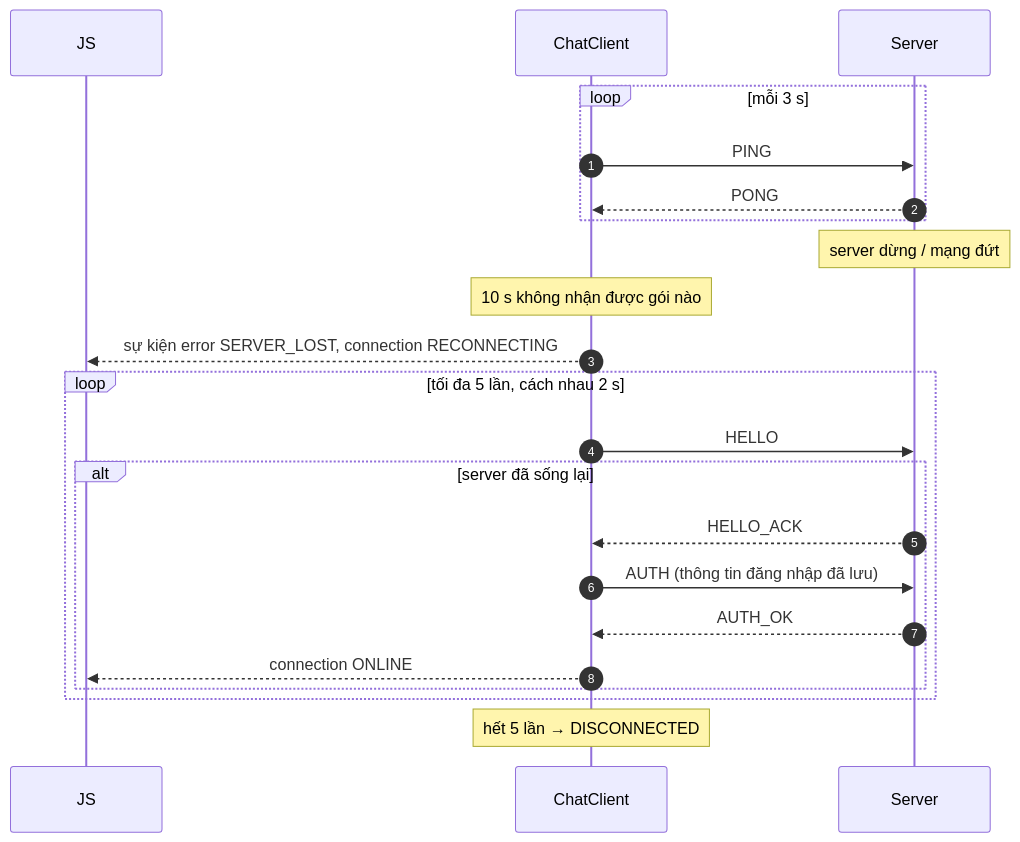
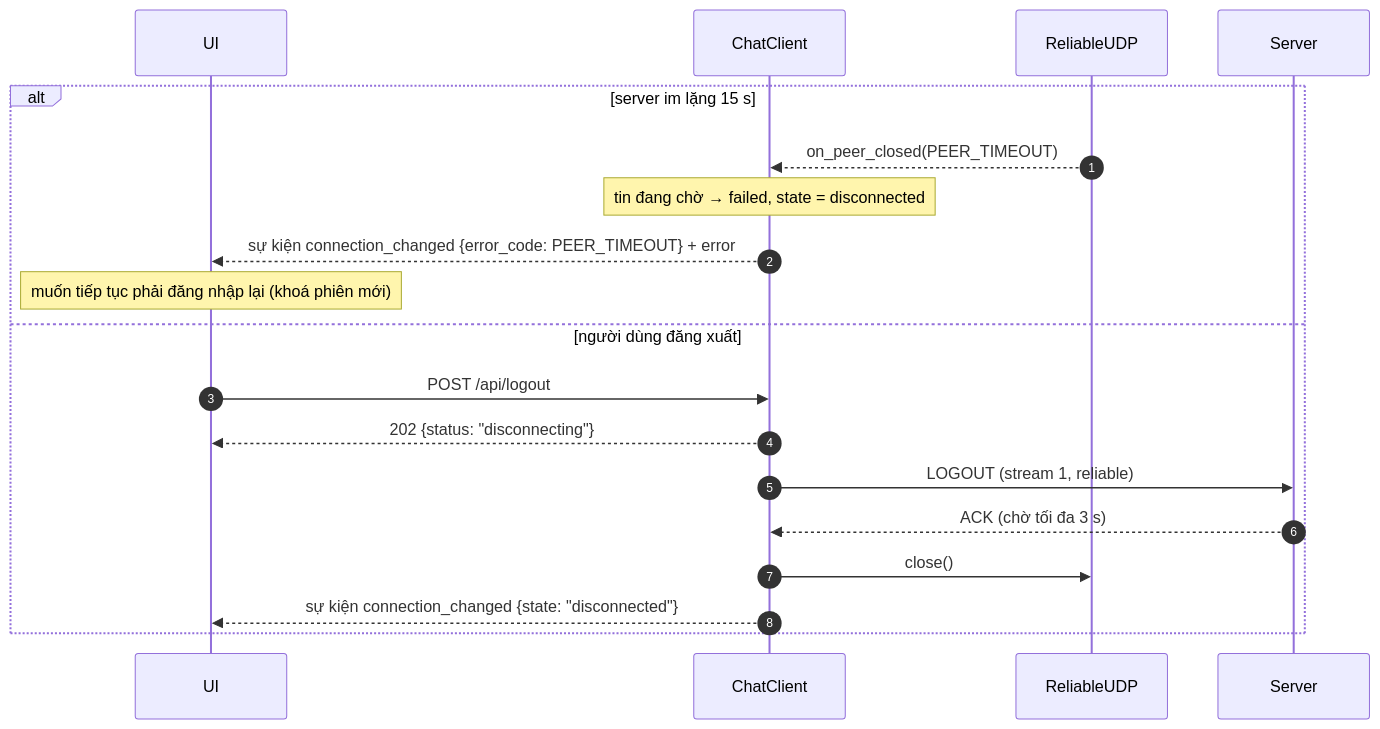
The fourth of 5 diagrams in docs/sequence.md (LevinDaWiz/TN-CO3094-ComputerNetwork-ASM1), drawn with Mermaid before and after one commit. The commit also changed other lines of this file and 4 other files, not shown here.

````diff
--- a/docs/sequence.md
+++ b/docs/sequence.md
@@ -95,25 +103,22 @@
 ```mermaid
 sequenceDiagram
     autonumber
-    participant UI as JS
+    participant UI
     participant CL as ChatClient
+    participant RU as ReliableUDP
     participant SV as Server
 
-    loop mỗi 3 s
-        CL->>SV: PING
-        SV-->>CL: PONG
+    alt server im lặng 15 s
+        RU-->>CL: on_peer_closed(PEER_TIMEOUT)
+        Note over CL: tin đang chờ → failed, state = disconnected
+        CL-->>UI: sự kiện connection_changed {error_code: PEER_TIMEOUT} + error
+        Note over UI: muốn tiếp tục phải đăng nhập lại (khoá phiên mới)
+    else người dùng đăng xuất
+        UI->>CL: POST /api/logout
+        CL-->>UI: 202 {status: "disconnecting"}
+        CL->>SV: LOGOUT (stream 1, reliable)
+        SV-->>CL: ACK (chờ tối đa 3 s)
+        CL->>RU: close()
+        CL-->>UI: sự kiện connection_changed {state: "disconnected"}
     end
-    Note over SV: server dừng / mạng đứt
-    Note over CL: 10 s không nhận được gói nào
-    CL-->>UI: sự kiện error SERVER_LOST, connection RECONNECTING
-    loop tối đa 5 lần, cách nhau 2 s
-        CL->>SV: HELLO
-        alt server đã sống lại
-            SV-->>CL: HELLO_ACK
-            CL->>SV: AUTH (thông tin đăng nhập đã lưu)
-            SV-->>CL: AUTH_OK
-            CL-->>UI: connection ONLINE
-        end
-    end
-    Note over CL: hết 5 lần → DISCONNECTED
 ```
````
